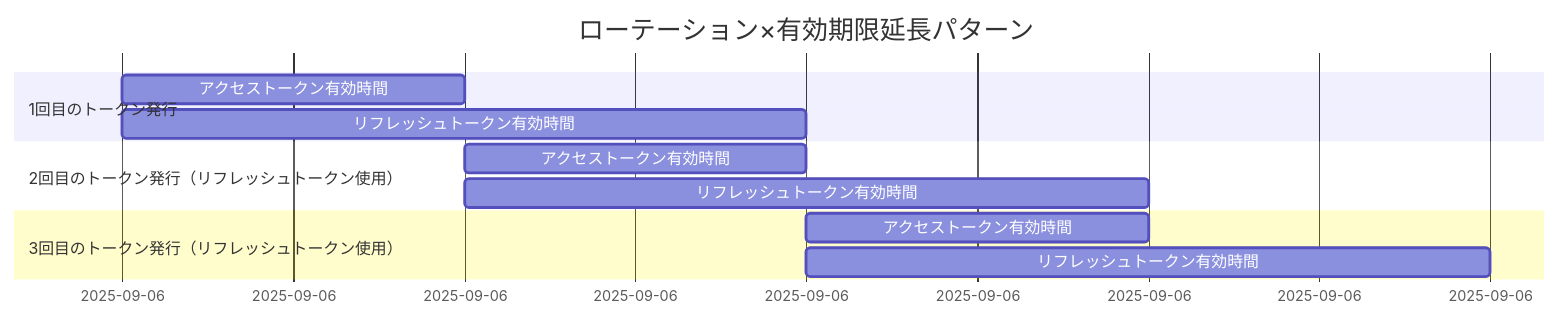
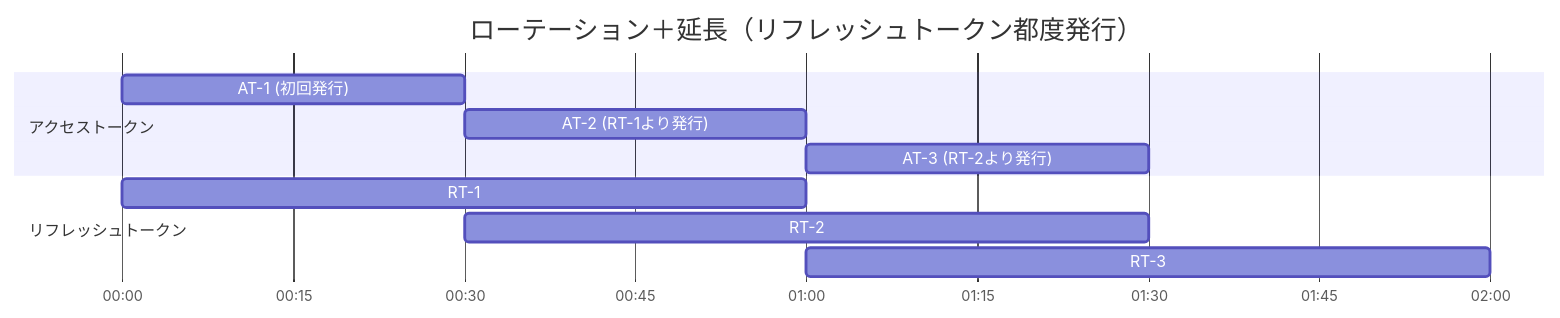
Before and after one commit to hirokazu-kobayashi-koba-hiro/idp-server: the second of 4 diagrams in documentation/i18n/ja/docusaurus-plugin-content-docs/current/content_05_how-to/token-strategy.md, drawn with Mermaid. The commit also changed other lines of this file, not shown here.

````diff
--- a/documentation/i18n/ja/docusaurus-plugin-content-docs/current/content_05_how-to/token-strategy.md
+++ b/documentation/i18n/ja/docusaurus-plugin-content-docs/current/content_05_how-to/token-strategy.md
@@ -47,14 +51,14 @@
 ```mermaid
 gantt
-    title ローテーション×有効期限延長パターン
+    title ローテーション＋延長（リフレッシュトークン都度発行）
     dateFormat HH:mm
-    section 1回目のトークン発行
-        アクセストークン有効時間: a1, 00:00, 30m
-        リフレッシュトークン有効時間: a2, 00:00, 60m
-    section 2回目のトークン発行（リフレッシュトークン使用）
-        アクセストークン有効時間: b1, 00:30, 30m
-        リフレッシュトークン有効時間: b2, 00:30, 60m
-    section 3回目のトークン発行（リフレッシュトークン使用）
-        アクセストークン有効時間: c1, 01:00, 30m
-        リフレッシュトークン有効時間: c2, 01:00, 60m
+    axisFormat %H:%M
+    section アクセストークン
+        AT-1 (初回発行): a1, 00:00, 30m
+        AT-2 (RT-1より発行): a2, 00:30, 30m
+        AT-3 (RT-2より発行): a3, 01:00, 30m
+    section リフレッシュトークン
+        RT-1: r1, 00:00, 60m
+        RT-2: r2, 00:30, 60m
+        RT-3: r3, 01:00, 60m
 ```
````
